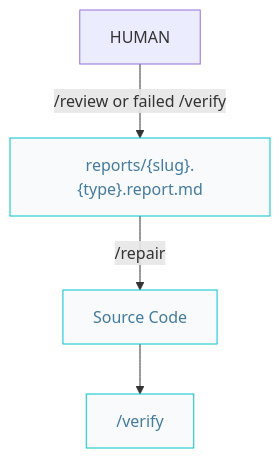
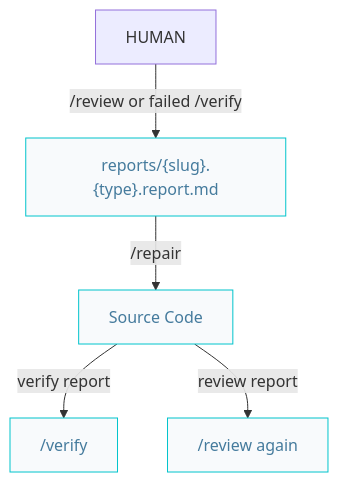
Before and after one commit to AIDDbot/AIDDbot: the first of 2 diagrams in docs/craftsman.pipelines.md, drawn with Mermaid. The commit also changed other lines of this file and 15 other files, not shown here.

````diff
--- a/docs/craftsman.pipelines.md
+++ b/docs/craftsman.pipelines.md
@@ -9,13 +11,15 @@
 ```mermaid
 flowchart TD  
   HUM[HUMAN]
   RPT["reports/{slug}.{type}.report.md"]:::nd
   COD[Source Code]:::nd
+  RRV["/review again"]:::nd
   VFY["/verify"]:::nd
 
   HUM -->|/review or failed /verify| RPT
   RPT -->|/repair| COD
-  COD --> VFY
+  COD -->|verify report| VFY
+  COD -->|review report| RRV
 
   classDef nd fill:#f8fafc,stroke:#00c4cc,color:#457b9d
 ```
````
